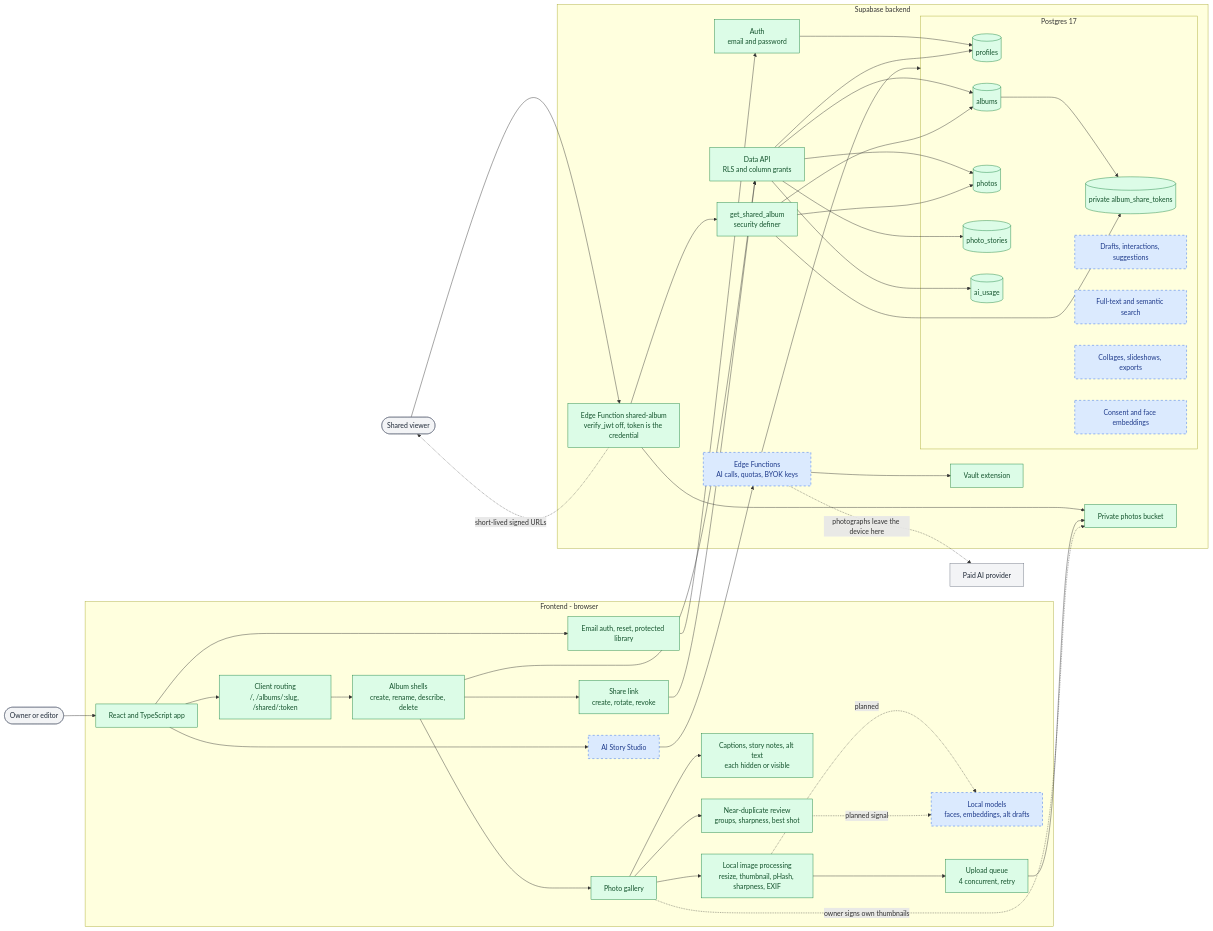
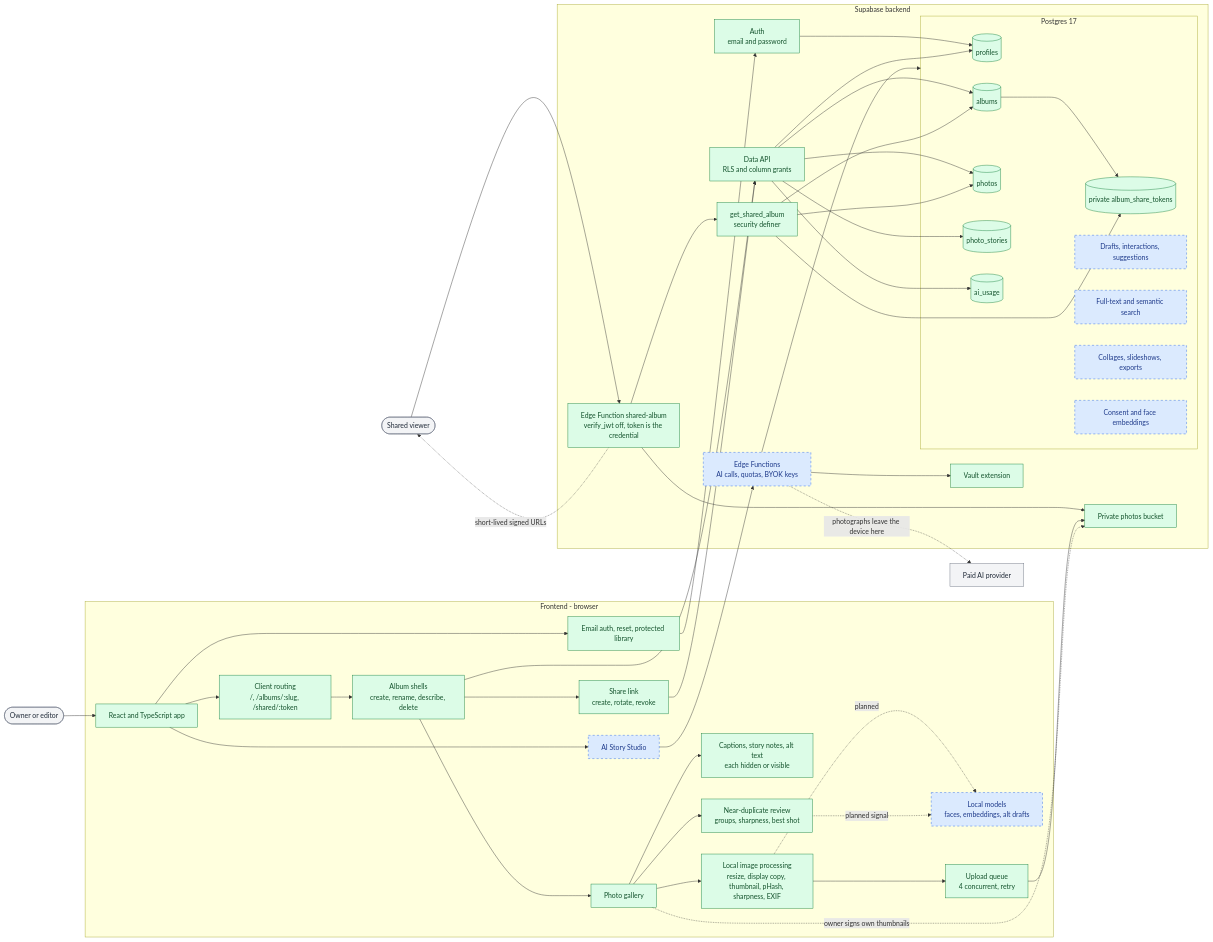
One commit to Elizabeth1979/albums-studio changed the first of 3 diagrams in docs/project-structure.md. Above: the diagram before and after it, drawn with Mermaid. The commit also changed other lines of this file and 21 other files, not shown here.

First line of the commit message:
Draw album tiles from a 1080px display copy

````diff
--- a/docs/project-structure.md
+++ b/docs/project-structure.md
@@ -44,79 +44,79 @@
 ```mermaid
 flowchart LR
     User([Owner or editor]):::external
     Viewer([Shared viewer]):::external
     Provider[Paid AI provider]:::external
 
     subgraph Frontend["Frontend - browser"]
         App["React and TypeScript app"]:::current
         AuthUI["Email auth, reset, protected library"]:::current
         Router["Client routing<br/>/, /albums/:slug, /shared/:token"]:::current
         AlbumUI["Album shells<br/>create, rename, describe, delete"]:::current
         PhotoUI["Photo gallery"]:::current
         TextUI["Captions, story notes, alt text<br/>each hidden or visible"]:::current
         ShareUI["Share link<br/>create, rotate, revoke"]:::current
         Curation["Near-duplicate review<br/>groups, sharpness, best shot"]:::current
         Studio["AI Story Studio"]:::planned
-        Local["Local image processing<br/>resize, thumbnail, pHash, sharpness, EXIF"]:::current
+        Local["Local image processing<br/>resize, display copy, thumbnail, pHash, sharpness, EXIF"]:::current
         LocalModel["Local models<br/>faces, embeddings, alt drafts"]:::planned
         Upload["Upload queue<br/>4 concurrent, retry"]:::current
 
         App --> AuthUI
         App --> Router --> AlbumUI
         AlbumUI --> PhotoUI --> TextUI
         AlbumUI --> ShareUI
         PhotoUI --> Curation
         App --> Studio
         PhotoUI --> Local --> Upload
         Local -. "planned" .-> LocalModel
         Curation -. "planned signal" .-> LocalModel
     end
 
     subgraph Supabase["Supabase backend"]
         Auth["Auth<br/>email and password"]:::current
         DataAPI["Data API<br/>RLS and column grants"]:::current
         RPC["get_shared_album<br/>security definer"]:::current
         Storage["Private photos bucket"]:::current
         Vault["Vault extension"]:::current
 
         subgraph Database["Postgres 17"]
             Profiles[(profiles)]:::current
             Albums[(albums)]:::current
             Photos[(photos)]:::current
             Stories[(photo_stories)]:::current
             Usage[(ai_usage)]:::current
             Tokens[(private album_share_tokens)]:::current
             AISchema["Drafts, interactions, suggestions"]:::planned
             SearchSchema["Full-text and semantic search"]:::planned
             OutputSchema["Collages, slideshows, exports"]:::planned
             FaceSchema["Consent and face embeddings"]:::planned
         end
 
         EdgeShare["Edge Function shared-album<br/>verify_jwt off, token is the credential"]:::current
         EdgeAI["Edge Functions<br/>AI calls, quotas, BYOK keys"]:::planned
 
         Auth --> Profiles
         DataAPI --> Albums & Photos & Stories & Profiles & Usage
         Albums --> Tokens
         RPC --> Albums & Photos & Tokens
         EdgeShare --> RPC
         EdgeShare --> Storage
         EdgeAI --> Database
         EdgeAI --> Vault
     end
 
     User --> App
     AuthUI --> Auth
     AlbumUI --> DataAPI
     ShareUI --> DataAPI
     Upload --> Storage
     PhotoUI -. "owner signs own thumbnails" .-> Storage
     Studio --> EdgeAI
     EdgeAI -. "photographs leave the device here" .-> Provider
     Viewer --> EdgeShare
     EdgeShare -. "short-lived signed URLs" .-> Viewer
 
     classDef current fill:#dcfce7,stroke:#15803d,color:#14532d
     classDef planned fill:#dbeafe,stroke:#2563eb,color:#1e3a8a,stroke-dasharray:5 5
     classDef external fill:#f3f4f6,stroke:#6b7280,color:#1f2937
 ```
````
